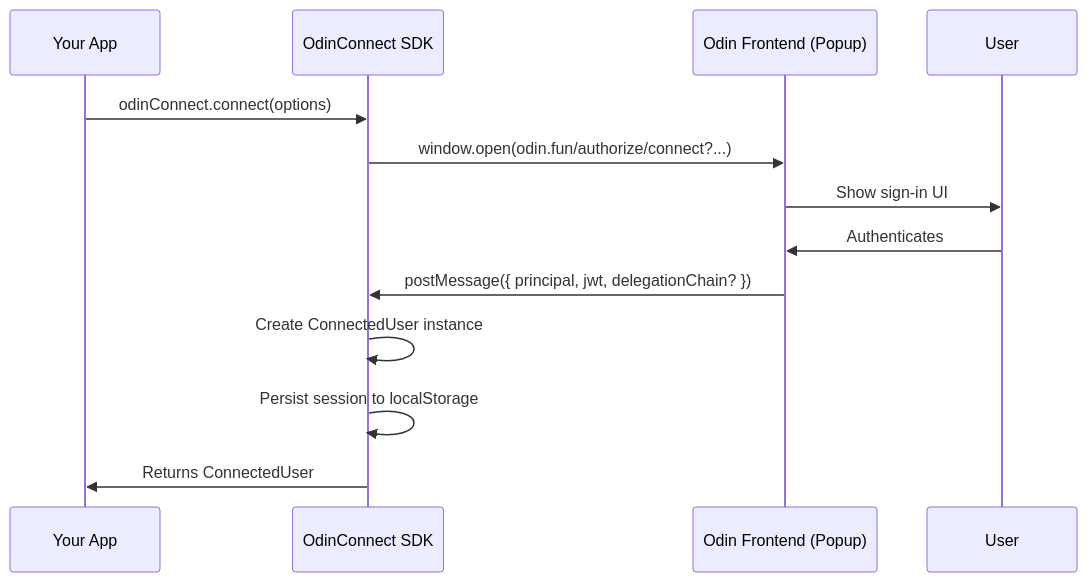
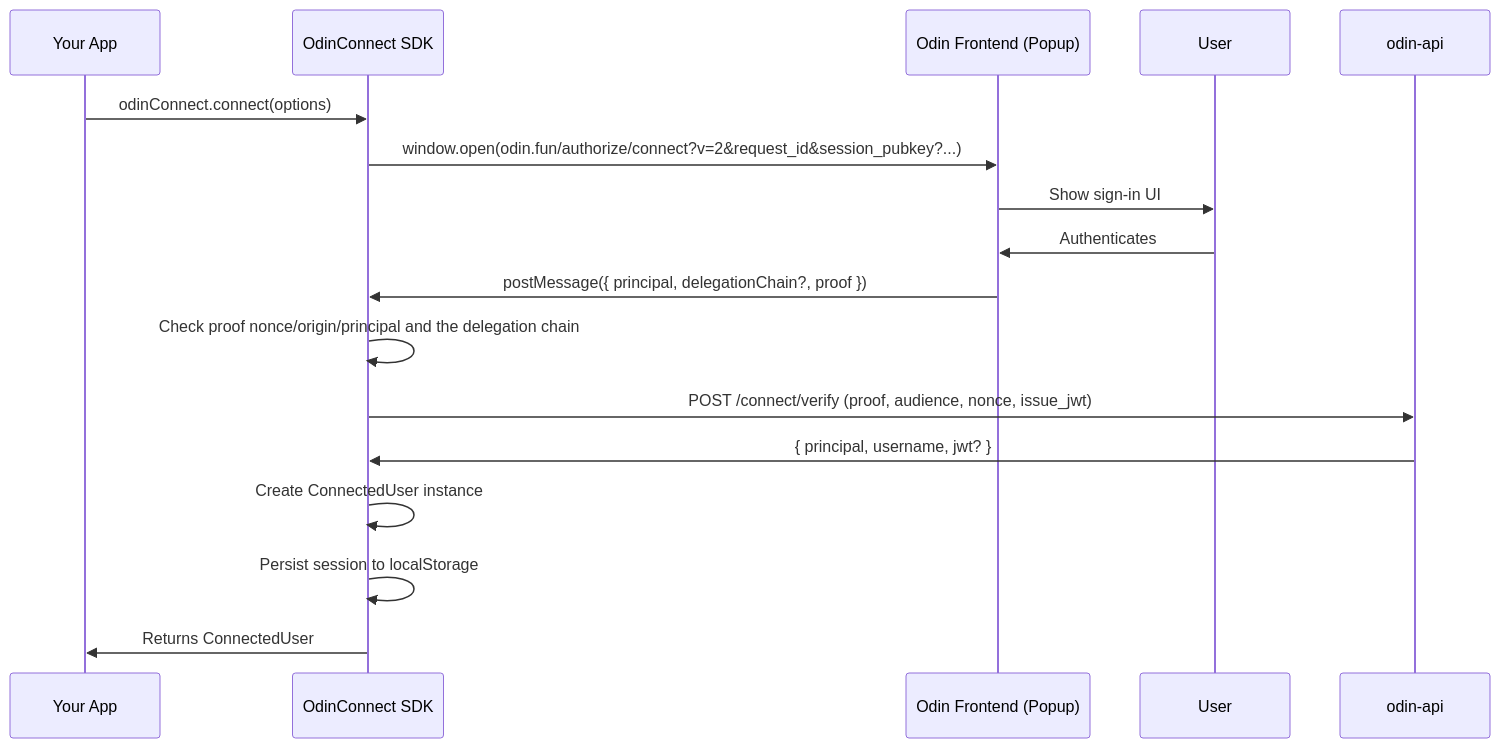
The second of 4 diagrams in readme.md (Toniq-Labs/odin-connect), drawn with Mermaid before and after one commit. The commit also changed other lines of this file and 16 other files, not shown here.

First line of the commit message:
feat[86akr9uzx]: verify connect results and keep secrets out of URLs

````diff
--- a/readme.md
+++ b/readme.md
@@ -83,16 +85,21 @@
 ```mermaid
 sequenceDiagram
     participant App as Your App
     participant SDK as OdinConnect SDK
     participant Popup as Odin Frontend (Popup)
     participant User as User
 
+    participant API as odin-api
+
     App->>SDK: odinConnect.connect(options)
-    SDK->>Popup: window.open(odin.fun/authorize/connect?...)
+    SDK->>Popup: window.open(odin.fun/authorize/connect?v=2&request_id&session_pubkey?...)
     Popup->>User: Show sign-in UI
     User->>Popup: Authenticates
-    Popup->>SDK: postMessage({ principal, jwt, delegationChain? })
+    Popup->>SDK: postMessage({ principal, delegationChain?, proof })
+    SDK->>SDK: Check proof nonce/origin/principal and the delegation chain
+    SDK->>API: POST /connect/verify (proof, audience, nonce, issue_jwt)
+    API->>SDK: { principal, username, jwt? }
     SDK->>SDK: Create ConnectedUser instance
     SDK->>SDK: Persist session to localStorage
     SDK->>App: Returns ConnectedUser
 ```
````
